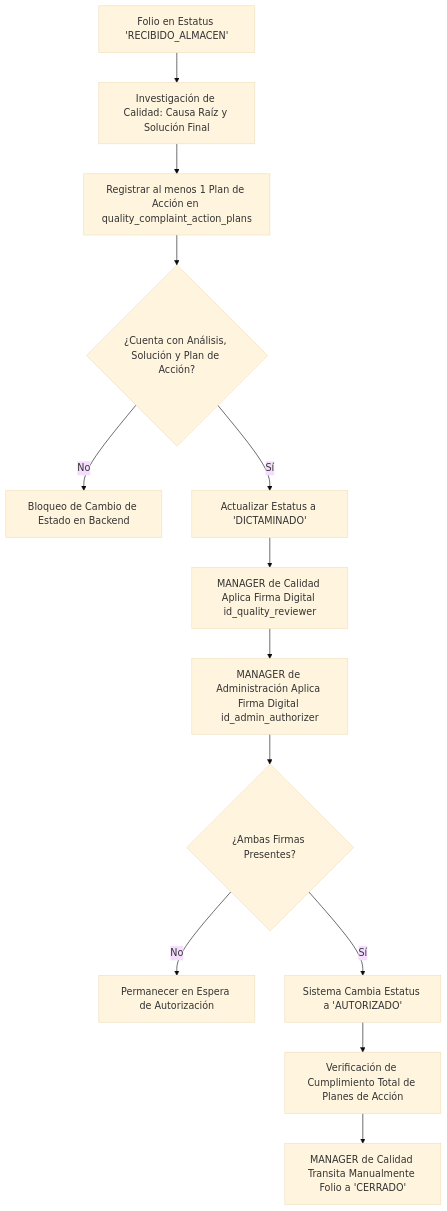
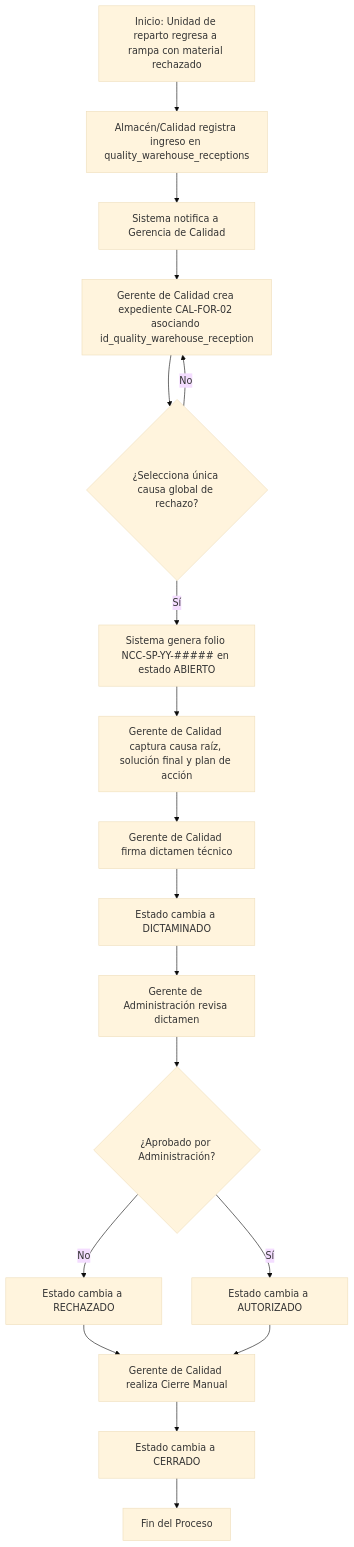
Before and after one commit to Automatizacion-KPC/KoonolApp: the second of 3 diagrams in docs/modules/product_rejection.md, drawn with Mermaid (base theme). The commit also changed other lines of this file and 12 other files, not shown here.

Commit message:
Se añadió la documentación relacionada con el módulo de Calidad - Devoluciones y Rechazos

````diff
--- a/docs/modules/product_rejection.md
+++ b/docs/modules/product_rejection.md
@@ -194,19 +191,20 @@
 ```mermaid
 graph TD
-    A1[Folio en Estatus 'RECIBIDO_ALMACEN'] --> B1[Investigación de Calidad: Causa Raíz y Solución Final]
-    B1 --> C1[Registrar al menos 1 Plan de Acción en quality_complaint_action_plans]
-    C1 --> D1{¿Cuenta con Análisis, Solución y Plan de Acción?}
-
-    D1 -- No --> E1[Bloqueo de Cambio de Estado en Backend]
-    D1 -- Sí --> F1[Actualizar Estatus a 'DICTAMINADO']
-
-    F1 --> G1[MANAGER de Calidad Aplica Firma Digital id_quality_reviewer]
-    G1 --> H1[MANAGER de Administración Aplica Firma Digital id_admin_authorizer]
-
-    H1 --> I1{¿Ambas Firmas Presentes?}
-    I1 -- No --> J1[Permanecer en Espera de Autorización]
-    I1 -- Sí --> K1[Sistema Cambia Estatus a 'AUTORIZADO']
-
-    K1 --> L1[Verificación de Cumplimiento Total de Planes de Acción]
-    L1 --> M1[MANAGER de Calidad Transita Manualmente Folio a 'CERRADO']
+    A[Inicio: Unidad de reparto regresa a rampa con material rechazado] --> B[Almacén/Calidad registra ingreso en quality_warehouse_receptions]
+    B --> C[Sistema notifica a Gerencia de Calidad]
+    C --> D[Gerente de Calidad crea expediente CAL-FOR-02 asociando id_quality_warehouse_reception]
+    D --> E{¿Selecciona única causa global de rechazo?}
+    E -- No --> D
+    E -- Sí --> F[Sistema genera folio NCC-SP-YY-##### en estado ABIERTO]
+    F --> G[Gerente de Calidad captura causa raíz, solución final y plan de acción]
+    G --> H[Gerente de Calidad firma dictamen técnico]
+    H --> I[Estado cambia a DICTAMINADO]
+    I --> J[Gerente de Administración revisa dictamen]
+    J --> K{¿Aprobado por Administración?}
+    K -- No --> L[Estado cambia a RECHAZADO]
+    K -- Sí --> M[Estado cambia a AUTORIZADO]
+    L --> N[Gerente de Calidad realiza Cierre Manual]
+    M --> N
+    N --> O[Estado cambia a CERRADO]
+    O --> P[Fin del Proceso]
 ```
````
